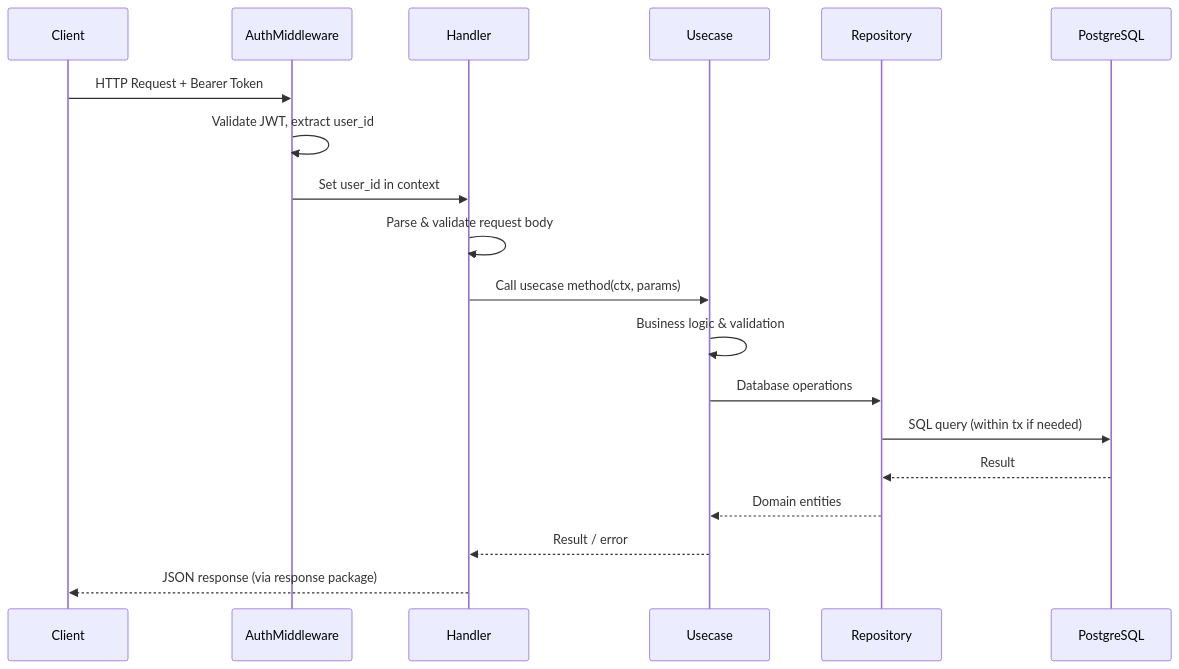
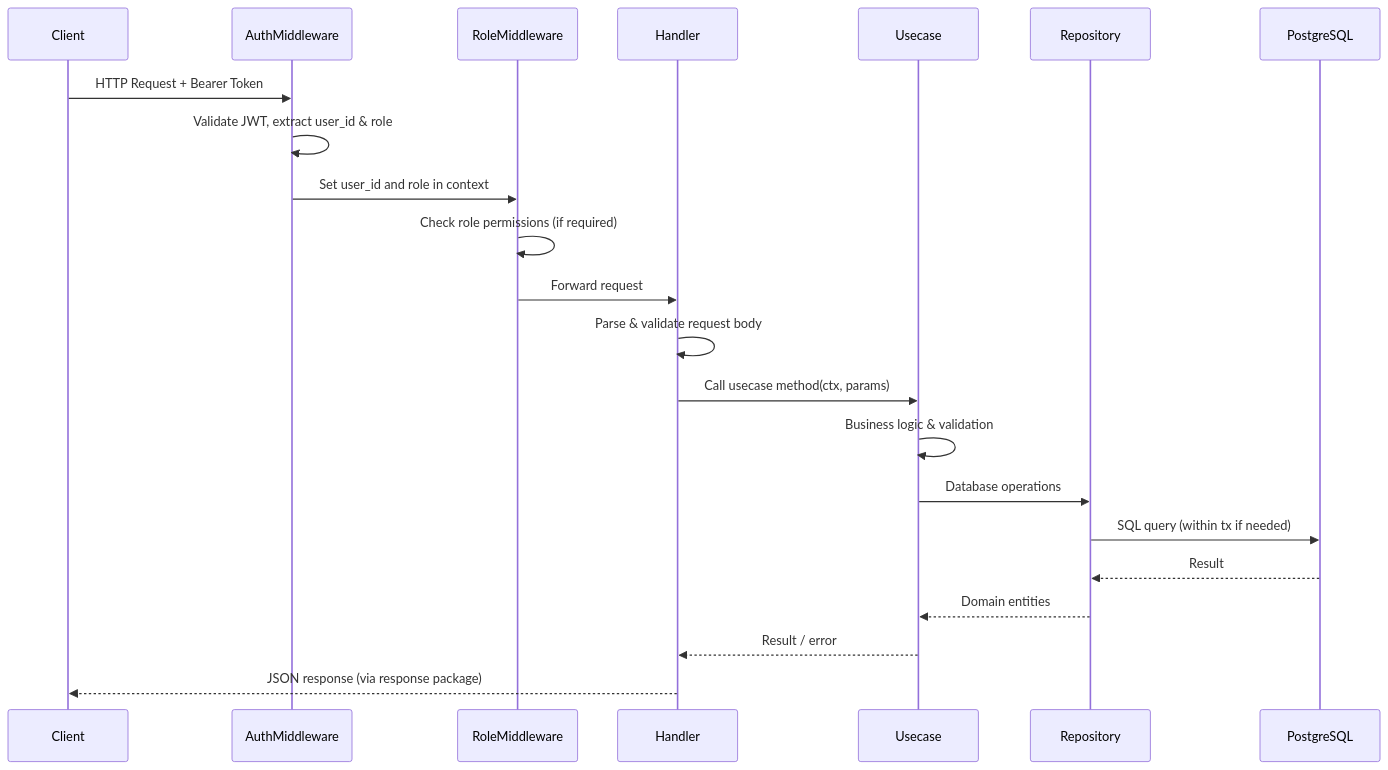
One commit to zuhriyansauqi/titik-nol-backend changed the second of 3 diagrams in README.md. Above: the diagram before and after it, drawn with Mermaid. The commit also changed other lines of this file, not shown here.

Commit message:
docs: update readme with local auth, rbac, admin cli, and schema changes

````diff
--- a/README.md
+++ b/README.md
@@ -98,22 +112,25 @@
 ```mermaid
 sequenceDiagram
     participant C as Client
     participant MW as AuthMiddleware
+    participant RM as RoleMiddleware
     participant H as Handler
     participant UC as Usecase
     participant R as Repository
     participant DB as PostgreSQL
 
     C->>MW: HTTP Request + Bearer Token
-    MW->>MW: Validate JWT, extract user_id
-    MW->>H: Set user_id in context
+    MW->>MW: Validate JWT, extract user_id & role
+    MW->>RM: Set user_id and role in context
+    RM->>RM: Check role permissions (if required)
+    RM->>H: Forward request
     H->>H: Parse & validate request body
     H->>UC: Call usecase method(ctx, params)
     UC->>UC: Business logic & validation
     UC->>R: Database operations
     R->>DB: SQL query (within tx if needed)
     DB-->>R: Result
     R-->>UC: Domain entities
     UC-->>H: Result / error
     H-->>C: JSON response (via response package)
 ```
````
